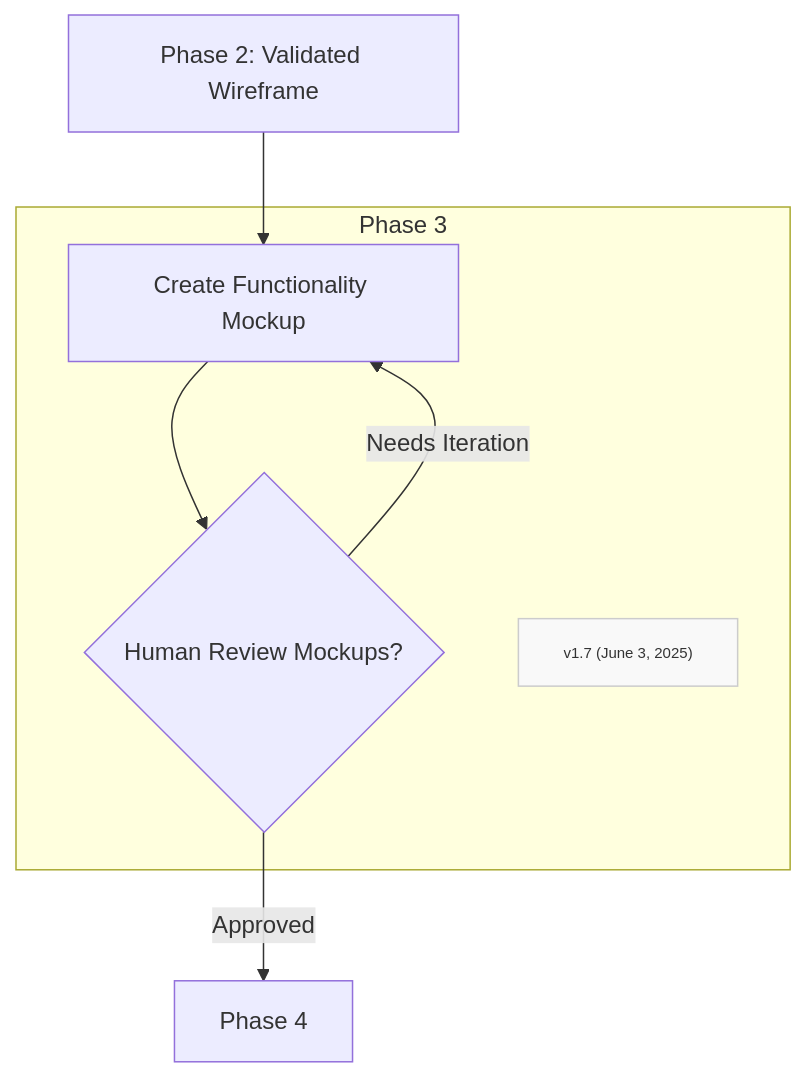
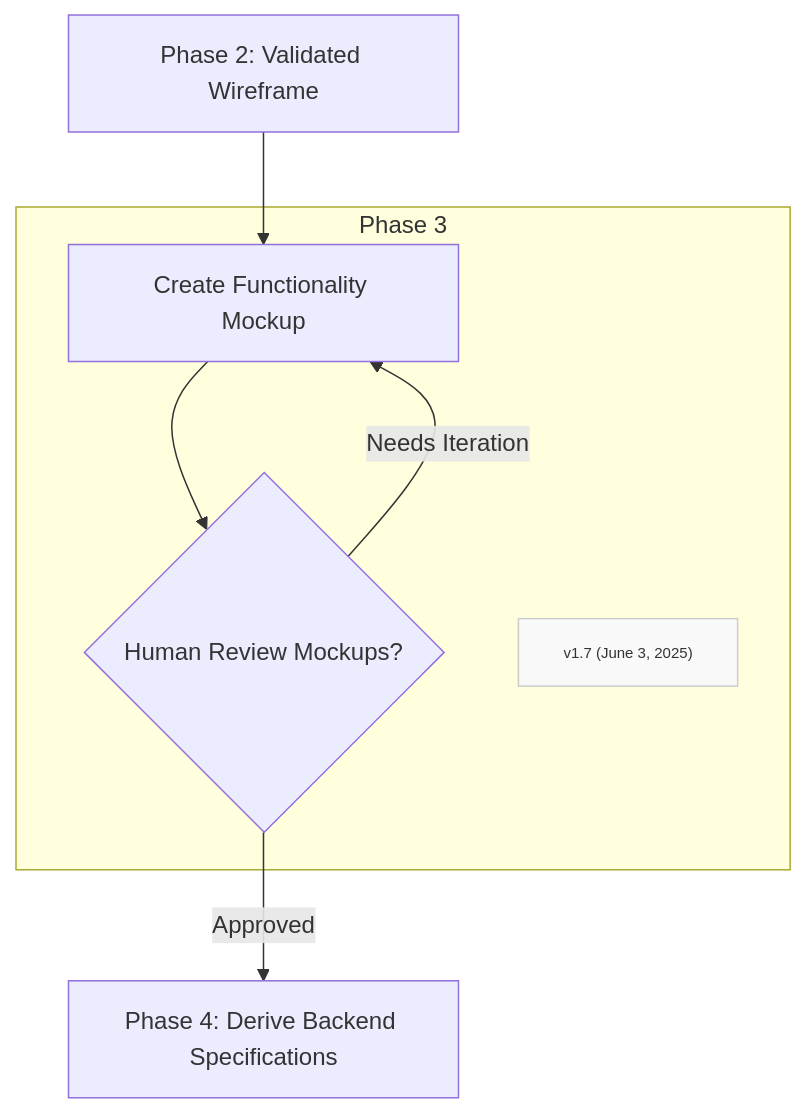
One commit to Mharbulous/Front-First-Method changed the diagram in Phases/FF-phase3.md. Above: the diagram before and after it, drawn with Mermaid. The commit also changed 1 other file, not shown here.

Commit message:
Revise phase 5 diagram

````diff
--- a/Phases/FF-phase3.md
+++ b/Phases/FF-phase3.md
@@ -2,18 +2,17 @@
 ```mermaid
 graph TD
     
 B1["Phase 2: Validated Wireframe"] --> B2["Create Functionality Mockup"]
 
         subgraph Phase3["Phase 3"]
         B2 --> B2_Val{"Human Review Mockups?"}
         B2_Val -->|Needs Iteration| B2
         Version["v1.7 (June 3, 2025)"]
         classDef version fill:#f9f9f9,stroke:#ccc,font-size:10px
         class Version version
         
     end
 
-B2_Val -->|Approved| B3["Phase 4"]
-
+B2_Val -->|Approved| B3["Phase 4: Derive Backend Specifications"]
 
 ```
````
